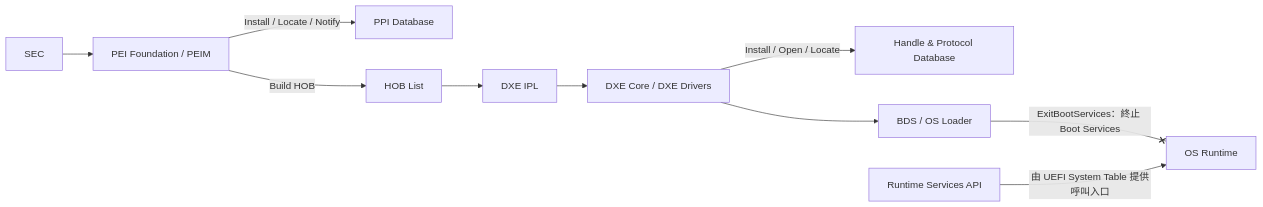
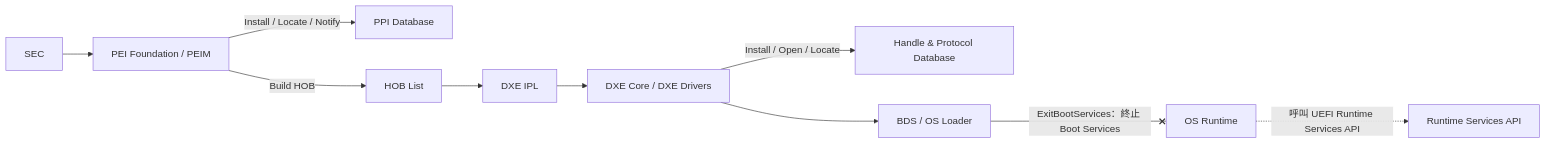
Before and after one commit to davidchen0970/BIOS_Porting_Reference: the first of 4 diagrams in 01_part_1_uefi_architecture_and_boot_flow/04_hob_protocol_ppi_and_uefi_services.md, drawn with Mermaid. The commit also changed other lines of this file, not shown here.

````diff
--- a/01_part_1_uefi_architecture_and_boot_flow/04_hob_protocol_ppi_and_uefi_services.md
+++ b/01_part_1_uefi_architecture_and_boot_flow/04_hob_protocol_ppi_and_uefi_services.md
@@ -48,12 +69,12 @@
 ```mermaid
 flowchart LR
     SEC[SEC] --> PEI[PEI Foundation / PEIM]
     PEI -->|Install / Locate / Notify| PPI[PPI Database]
     PEI -->|Build HOB| HOB[HOB List]
     HOB --> IPL[DXE IPL]
     IPL --> DXE[DXE Core / DXE Drivers]
     DXE -->|Install / Open / Locate| PROTO[Handle & Protocol Database]
     DXE --> BDS[BDS / OS Loader]
     BDS --x|ExitBootServices：終止 Boot Services| OS[OS Runtime]
-    RT[Runtime Services API] -->|由 UEFI System Table 提供呼叫入口| OS
+    OS -.->|呼叫 UEFI Runtime Services API| RT[Runtime Services API]
 ```
````
